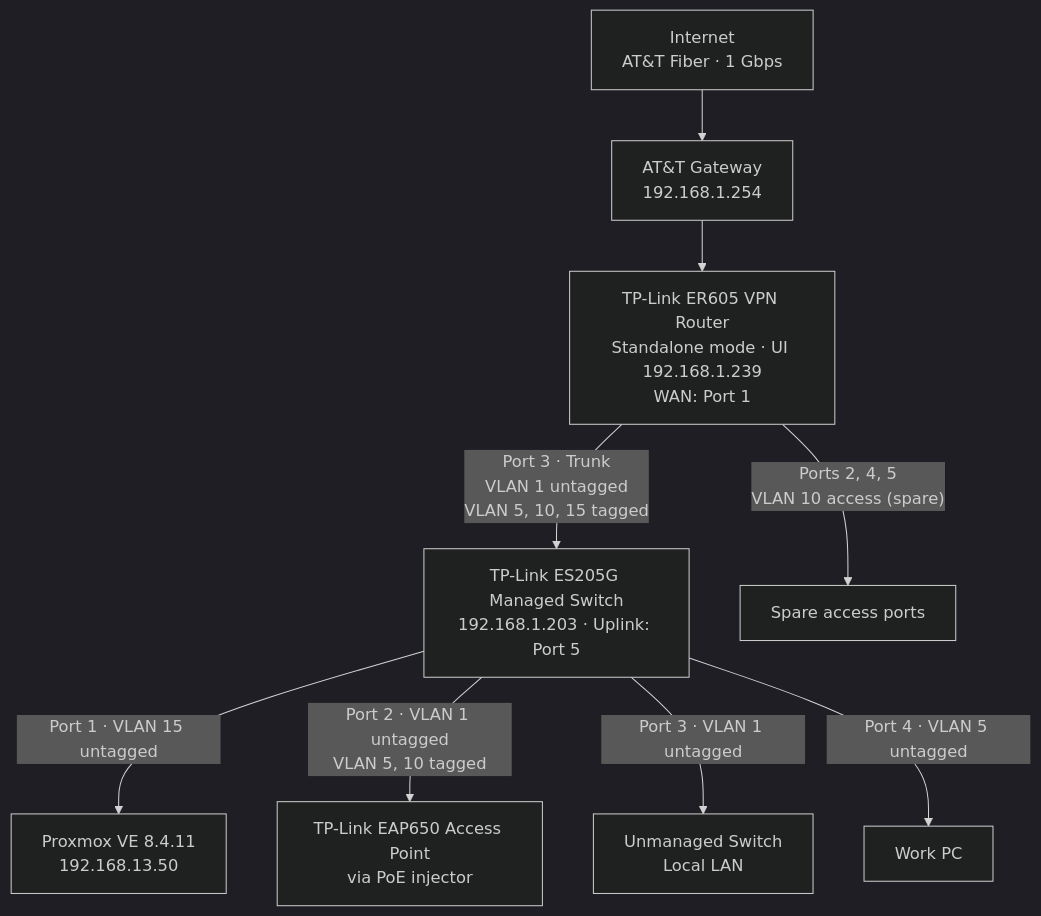
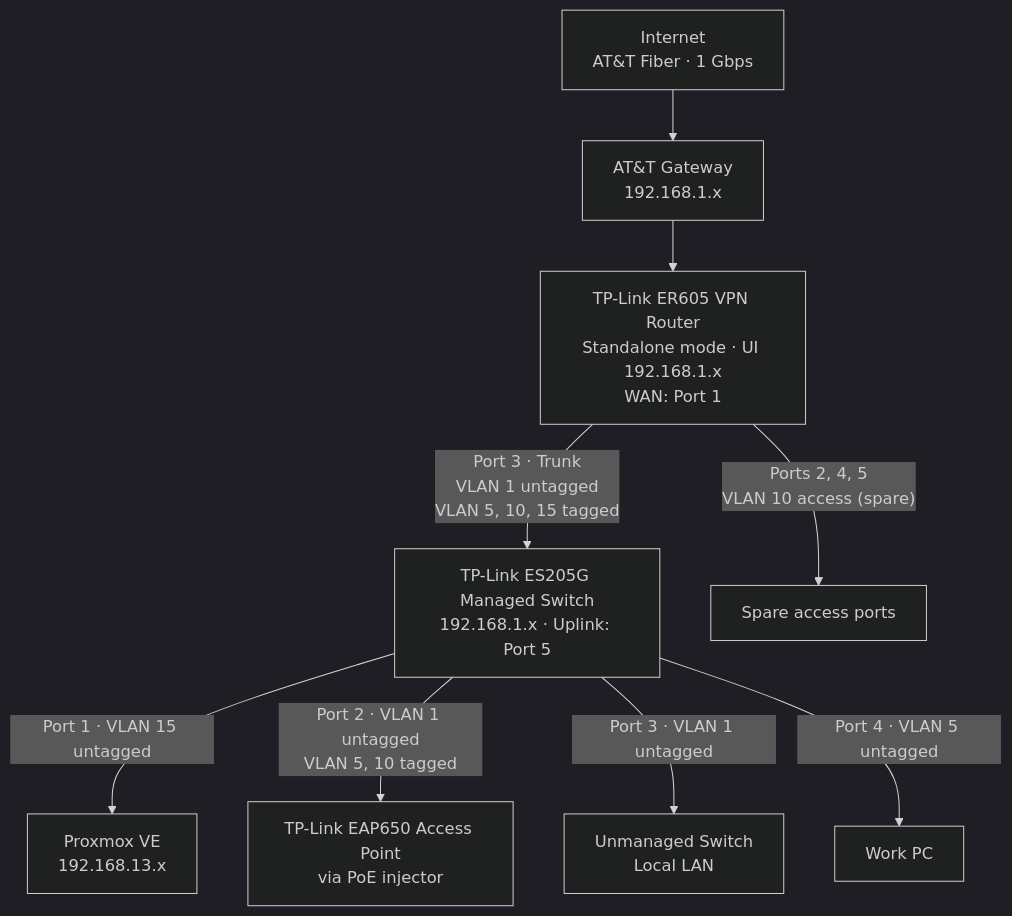
The first of 3 diagrams in README.md (laroper/homelab), drawn with Mermaid (dark theme) before and after one commit. The commit also changed other lines of this file, not shown here.

````diff
--- a/README.md
+++ b/README.md
@@ -19,11 +19,11 @@
 ```mermaid
 flowchart TB
-    Internet["Internet<br/>AT&T Fiber · 1 Gbps"] --> ATT["AT&T Gateway<br/>192.168.1.254"]
-    ATT --> ER605["TP-Link ER605 VPN Router<br/>Standalone mode · UI 192.168.1.239<br/>WAN: Port 1"]
-    ER605 -->|"Port 3 · Trunk<br/>VLAN 1 untagged<br/>VLAN 5, 10, 15 tagged"| ES205G["TP-Link ES205G Managed Switch<br/>192.168.1.203 · Uplink: Port 5"]
+    Internet["Internet<br/>AT&T Fiber · 1 Gbps"] --> ATT["AT&T Gateway<br/>192.168.1.x"]
+    ATT --> ER605["TP-Link ER605 VPN Router<br/>Standalone mode · UI 192.168.1.x<br/>WAN: Port 1"]
+    ER605 -->|"Port 3 · Trunk<br/>VLAN 1 untagged<br/>VLAN 5, 10, 15 tagged"| ES205G["TP-Link ES205G Managed Switch<br/>192.168.1.x · Uplink: Port 5"]
     ER605 -->|"Ports 2, 4, 5<br/>VLAN 10 access (spare)"| Spare["Spare access ports"]
-    ES205G -->|"Port 1 · VLAN 15 untagged"| Proxmox["Proxmox VE 8.4.11<br/>192.168.13.50"]
+    ES205G -->|"Port 1 · VLAN 15 untagged"| Proxmox["Proxmox VE<br/>192.168.13.x"]
     ES205G -->|"Port 2 · VLAN 1 untagged<br/>VLAN 5, 10 tagged"| EAP650["TP-Link EAP650 Access Point<br/>via PoE injector"]
     ES205G -->|"Port 3 · VLAN 1 untagged"| Unman["Unmanaged Switch<br/>Local LAN"]
     ES205G -->|"Port 4 · VLAN 5 untagged"| WorkPC["Work PC"]
 ```
````
